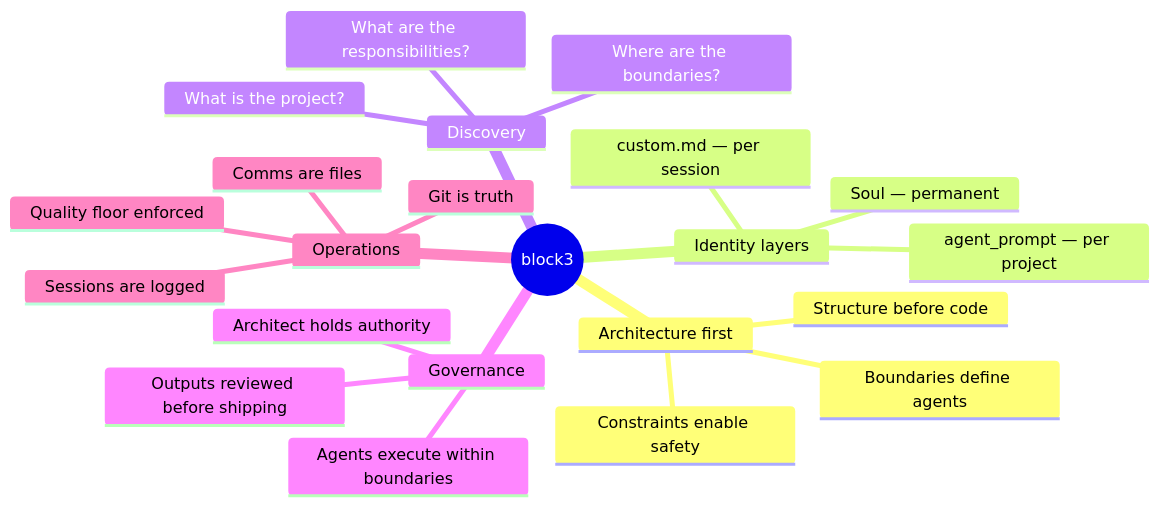
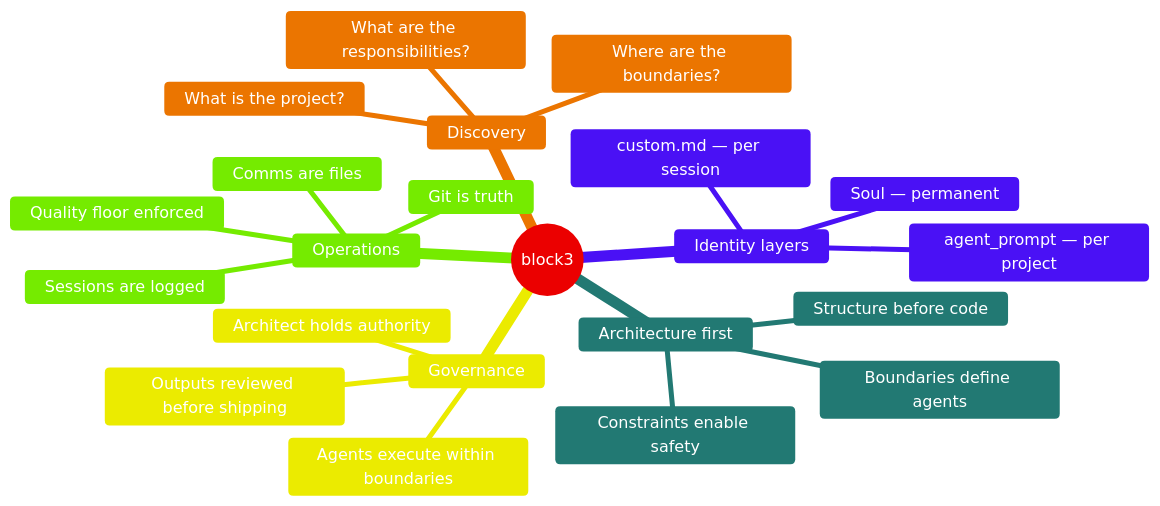
Before and after one commit to block3-io/block3-start: the fifth of 5 diagrams in README.md, drawn with Mermaid.

Commit message:
Brighten mindmap colors in Core concepts diagram

````diff
--- a/README.md
+++ b/README.md
@@ -189,25 +189,26 @@
 ```mermaid
+%%{init: {'theme': 'base', 'themeVariables': {'primaryColor': '#ff6b6b', 'secondaryColor': '#4ecdc4', 'tertiaryColor': '#a78bfa', 'primaryTextColor': '#fff', 'secondaryTextColor': '#fff', 'tertiaryTextColor': '#fff', 'lineColor': '#ccc'}}}%%
 mindmap
   root((block3))
     Architecture first
       Structure before code
       Constraints enable safety
       Boundaries define agents
     Identity layers
       Soul — permanent
       agent_prompt — per project
       custom.md — per session
     Discovery
       What is the project?
       What are the responsibilities?
       Where are the boundaries?
     Governance
       Architect holds authority
       Agents execute within boundaries
       Outputs reviewed before shipping
     Operations
       Git is truth
       Comms are files
       Sessions are logged
       Quality floor enforced
 ```
````
